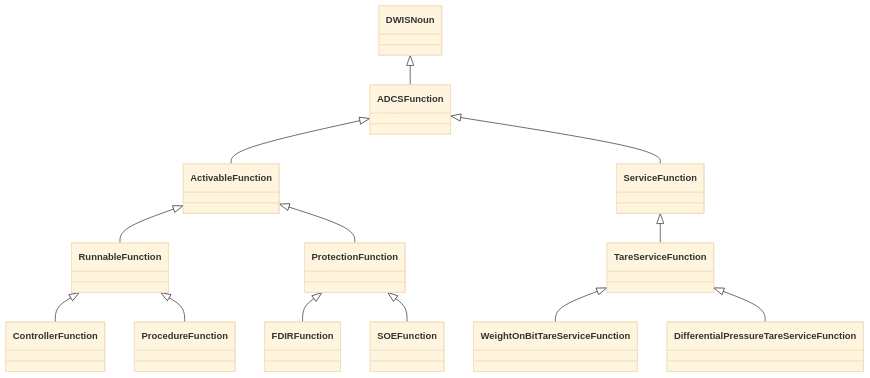
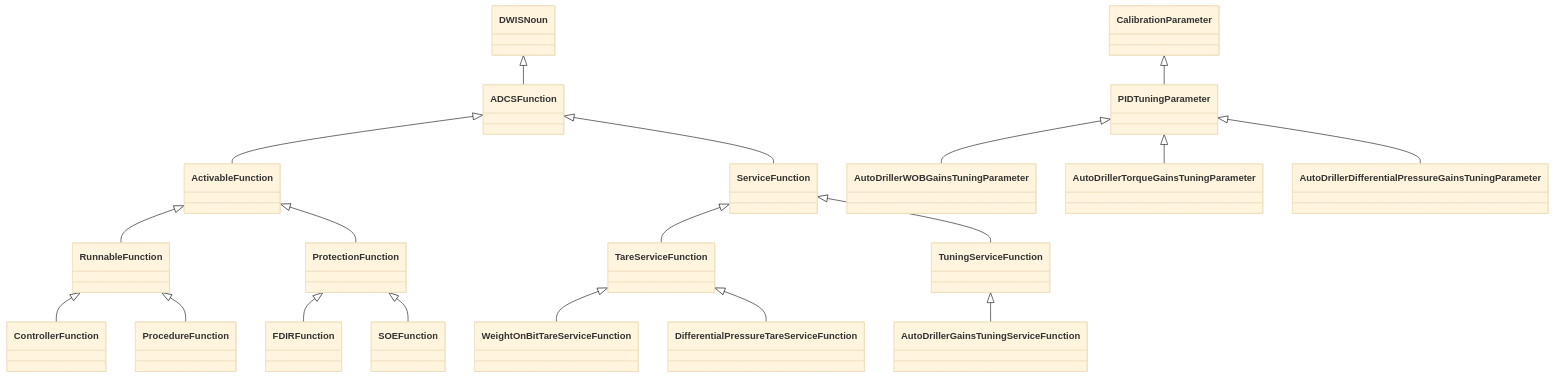
The first of 36 diagrams in docs/vocabulary_development/auto-generated/md/definition-files/ADCS.md (D-WIS/DDHub-Semantic-Interoperability), drawn with Mermaid (base theme) before and after one commit. The commit also changed other lines of this file and 8 other files, not shown here.

````diff
--- a/docs/vocabulary_development/auto-generated/md/definition-files/ADCS.md
+++ b/docs/vocabulary_development/auto-generated/md/definition-files/ADCS.md
@@ -8,15 +8,21 @@
 ```mermaid
 classDiagram
 DWISNoun <|-- ADCSFunction
 ADCSFunction <|-- ActivableFunction
 ActivableFunction <|-- RunnableFunction
 RunnableFunction <|-- ControllerFunction
 RunnableFunction <|-- ProcedureFunction
 ActivableFunction <|-- ProtectionFunction
 ProtectionFunction <|-- FDIRFunction
 ProtectionFunction <|-- SOEFunction
 ADCSFunction <|-- ServiceFunction
 ServiceFunction <|-- TareServiceFunction
 TareServiceFunction <|-- WeightOnBitTareServiceFunction
 TareServiceFunction <|-- DifferentialPressureTareServiceFunction
+ServiceFunction <|-- TuningServiceFunction
+TuningServiceFunction <|-- AutoDrillerGainsTuningServiceFunction
+CalibrationParameter <|-- PIDTuningParameter
+PIDTuningParameter <|-- AutoDrillerWOBGainsTuningParameter
+PIDTuningParameter <|-- AutoDrillerTorqueGainsTuningParameter
+PIDTuningParameter <|-- AutoDrillerDifferentialPressureGainsTuningParameter
 ```
````
